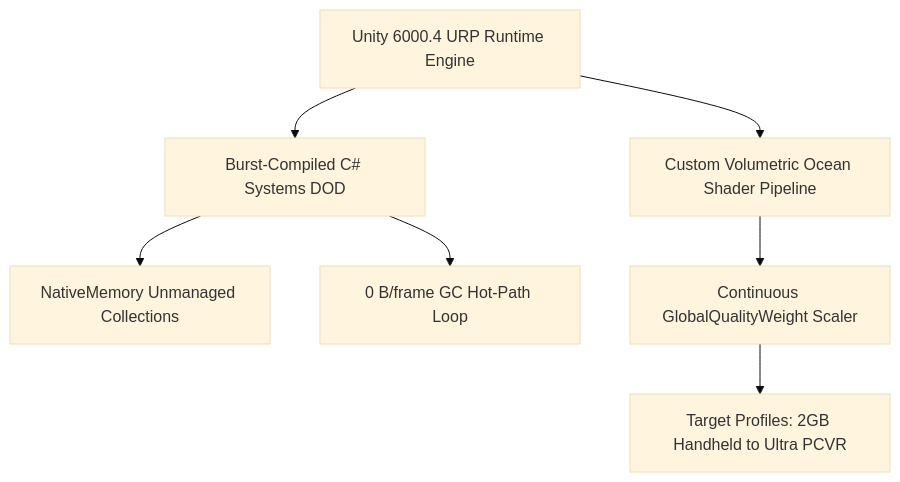
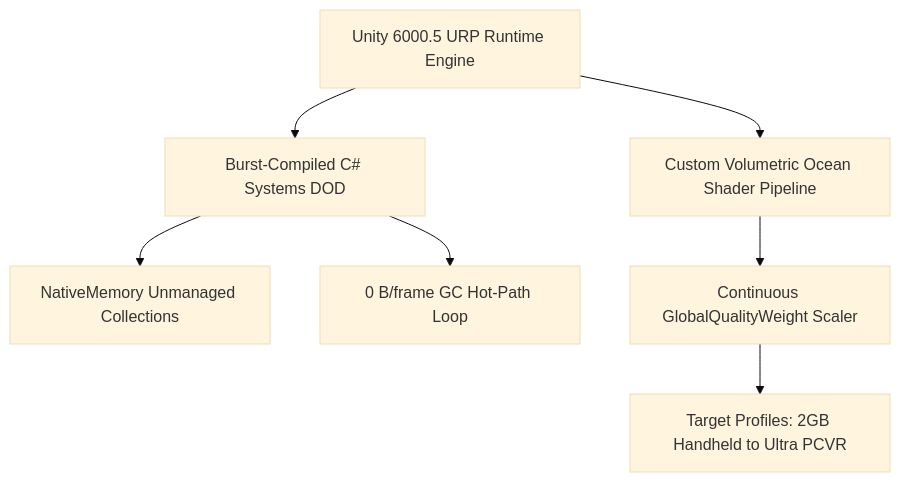
The first of 2 diagrams in README.md (marko1olo/Hecton8), drawn with Mermaid (base theme) before and after one commit. The commit also changed other lines of this file and 39 other files, not shown here.

````diff
--- a/README.md
+++ b/README.md
@@ -30,9 +30,9 @@
 ```mermaid
 graph TD
-    A[Unity 6000.4 URP Runtime Engine] --> B[Custom Volumetric Ocean Shader Pipeline]
+    A[Unity 6000.5 URP Runtime Engine] --> B[Custom Volumetric Ocean Shader Pipeline]
     A --> C[Burst-Compiled C# Systems DOD]
     C --> D[NativeMemory Unmanaged Collections]
     C --> E[0 B/frame GC Hot-Path Loop]
     B --> F[Continuous GlobalQualityWeight Scaler]
     F --> G[Target Profiles: 2GB Handheld to Ultra PCVR]
 ```
````
